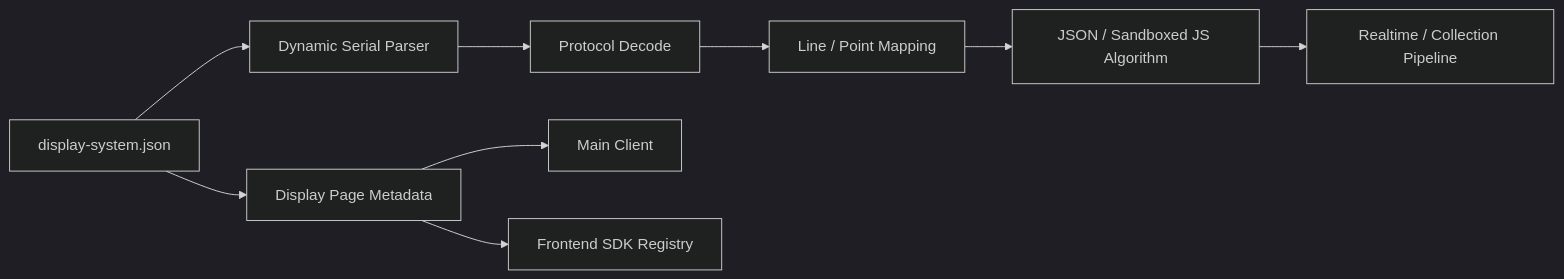
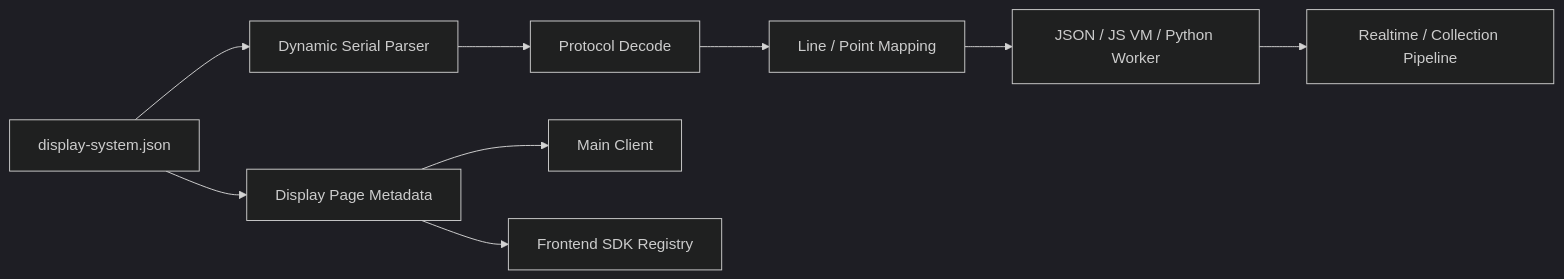
Before and after one commit to liudada118/shroom1.0: the first of 2 diagrams in backend/displaySystems/README.md, drawn with Mermaid (dark theme). The commit also changed other lines of this file and 181 other files, not shown here.

````diff
--- a/backend/displaySystems/README.md
+++ b/backend/displaySystems/README.md
@@ -54,11 +248,11 @@
 ```mermaid
 flowchart LR
   Manifest["display-system.json"] --> Parser["Dynamic Serial Parser"]
   Parser --> Decode["Protocol Decode"]
   Decode --> Mapping["Line / Point Mapping"]
-  Mapping --> Algorithm["JSON / Sandboxed JS Algorithm"]
+  Mapping --> Algorithm["JSON / JS VM / Python Worker"]
   Algorithm --> Pipeline["Realtime / Collection Pipeline"]
   Manifest --> Page["Display Page Metadata"]
   Page --> Main["Main Client"]
   Page --> SDK["Frontend SDK Registry"]
 ```
````
